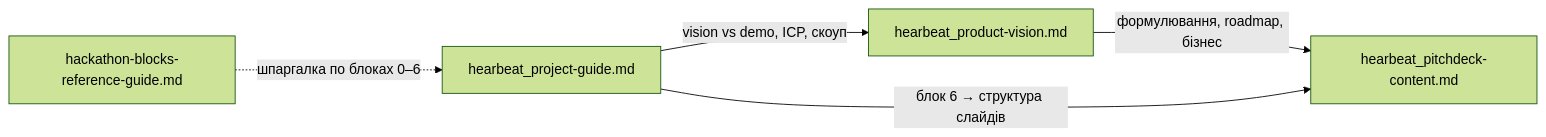
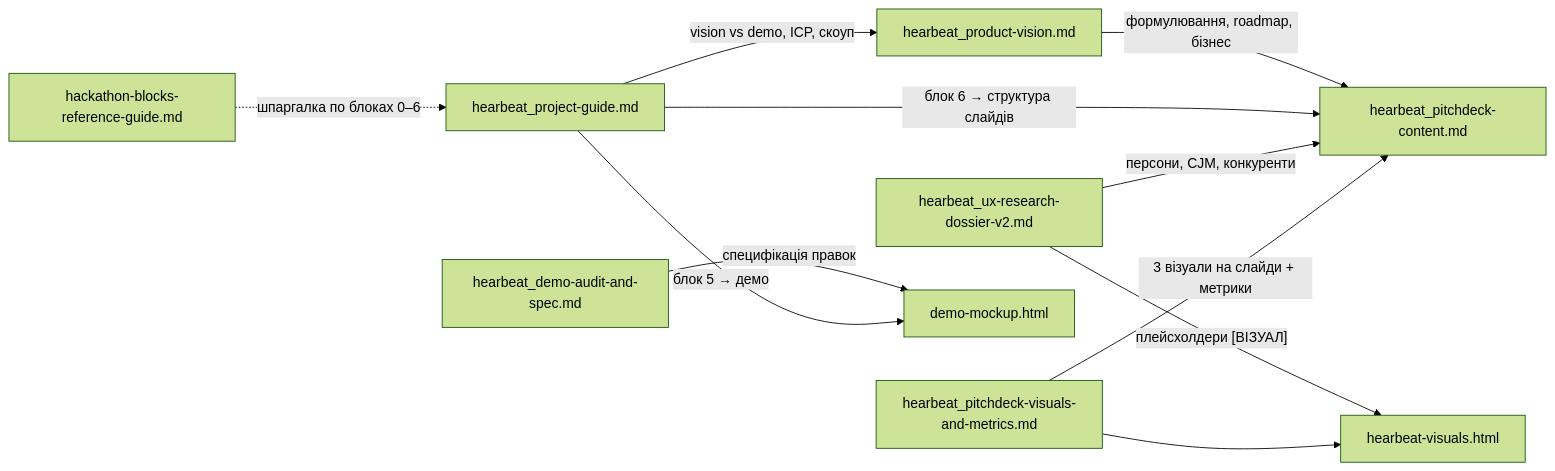
The diagram in hackaton/README.md (odessitua/hearbeat), drawn with Mermaid (forest theme) before and after one commit. The commit also changed other lines of this file and 2 other files, not shown here.

Commit message:
Add HTML gallery for HearBeat visuals and update README.md to include new file references. Remove outdated ZIP file.

````diff
--- a/hackaton/README.md
+++ b/hackaton/README.md
@@ -54,12 +80,23 @@
 ```mermaid
 flowchart LR
   PG[hearbeat_project-guide.md]
   PV[hearbeat_product-vision.md]
   PD[hearbeat_pitchdeck-content.md]
+  PVM[hearbeat_pitchdeck-visuals-and-metrics.md]
+  UX[hearbeat_ux-research-dossier-v2.md]
+  VIS[hearbeat-visuals.html]
+  DEMO[demo-mockup.html]
+  AUD[hearbeat_demo-audit-and-spec.md]
   REF[hackathon-blocks-reference-guide.md]
 
   PV -->|"формулювання, roadmap, бізнес"| PD
   PG -->|"блок 6 → структура слайдів"| PD
   PG -->|"vision vs demo, ICP, скоуп"| PV
+  UX -->|"персони, CJM, конкуренти"| PD
+  UX -->|"плейсхолдери [ВІЗУАЛ]"| VIS
+  PVM -->|"3 візуали на слайди + метрики"| PD
+  PVM --> VIS
+  AUD -->|"специфікація правок"| DEMO
+  PG -->|"блок 5 → демо"| DEMO
   REF -.->|"шпаргалка по блоках 0–6"| PG
 ```
````
